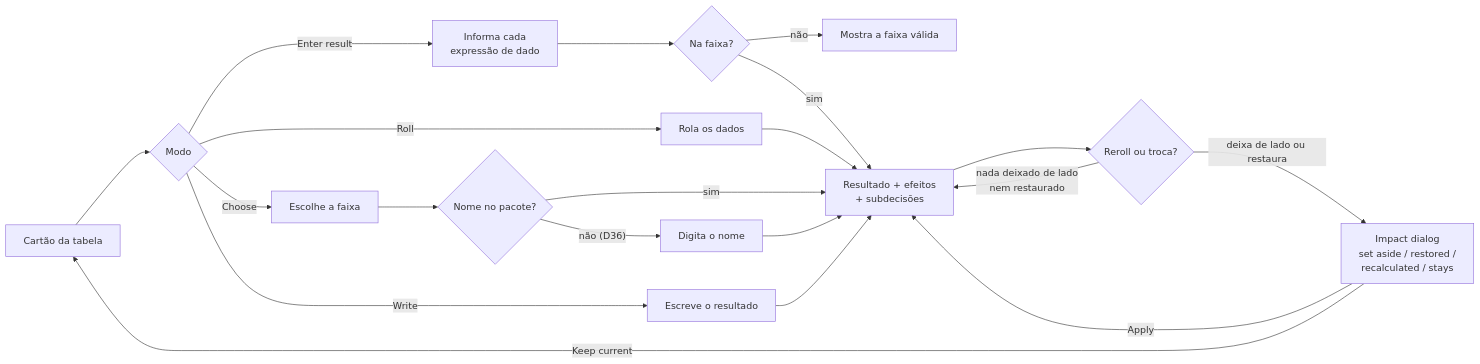
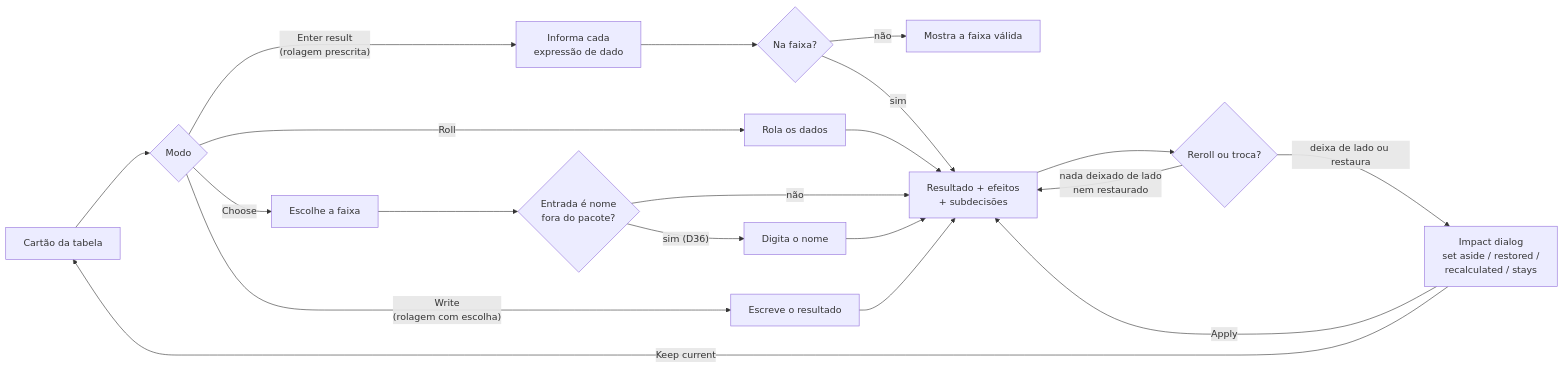
The third of 5 diagrams in docs/ux-foundations.md (AntonioVCruz/sotdl-character-generator), drawn with Mermaid before and after one commit. The commit also changed other lines of this file, not shown here.

Commit message:
ux-foundations: E10 no F2 e E11 na A5.1 (FEAT-009)
A5.1 alinhada ao SRS: rolar e escolher em toda tabela (FR-DEC-001),
Write nas de rolagem com escolha (FR-DEC-003), Enter result nas de
rolagem prescrita (FR-DEC-004), regime como indicação (FR-DEC-002).
F2: o nome a digitar só para entrada que é nome fora do pacote (D36).

````diff
--- a/docs/ux-foundations.md
+++ b/docs/ux-foundations.md
@@ -115,22 +115,22 @@
 ```mermaid
 flowchart LR
     card["Cartão da tabela"] --> mode{"Modo"}
     mode -->|"Roll"| roll["Rola os dados"]
     mode -->|"Choose"| choose["Escolhe a faixa"]
-    mode -->|"Write"| write["Escreve o resultado"]
-    mode -->|"Enter result"| enter["Informa cada<br/>expressão de dado"]
+    mode -->|"Write<br/>(rolagem com escolha)"| write["Escreve o resultado"]
+    mode -->|"Enter result<br/>(rolagem prescrita)"| enter["Informa cada<br/>expressão de dado"]
     enter --> valid{"Na faixa?"}
     valid -->|"não"| err["Mostra a faixa válida"]
     valid -->|"sim"| result
     roll --> result["Resultado + efeitos<br/>+ subdecisões"]
-    choose --> name{"Nome no pacote?"}
-    name -->|"não (D36)"| typename["Digita o nome"]
-    name -->|"sim"| result
+    choose --> name{"Entrada é nome<br/>fora do pacote?"}
+    name -->|"sim (D36)"| typename["Digita o nome"]
+    name -->|"não"| result
     typename --> result
     write --> result
     result --> again{"Reroll ou troca?"}
     again -->|"nada deixado de lado<br/>nem restaurado"| result
     again -->|"deixa de lado ou restaura"| dlg["Impact dialog<br/>set aside / restored /<br/>recalculated / stays"]
     dlg -->|"Apply"| result
     dlg -->|"Keep current"| card
 ```
````
